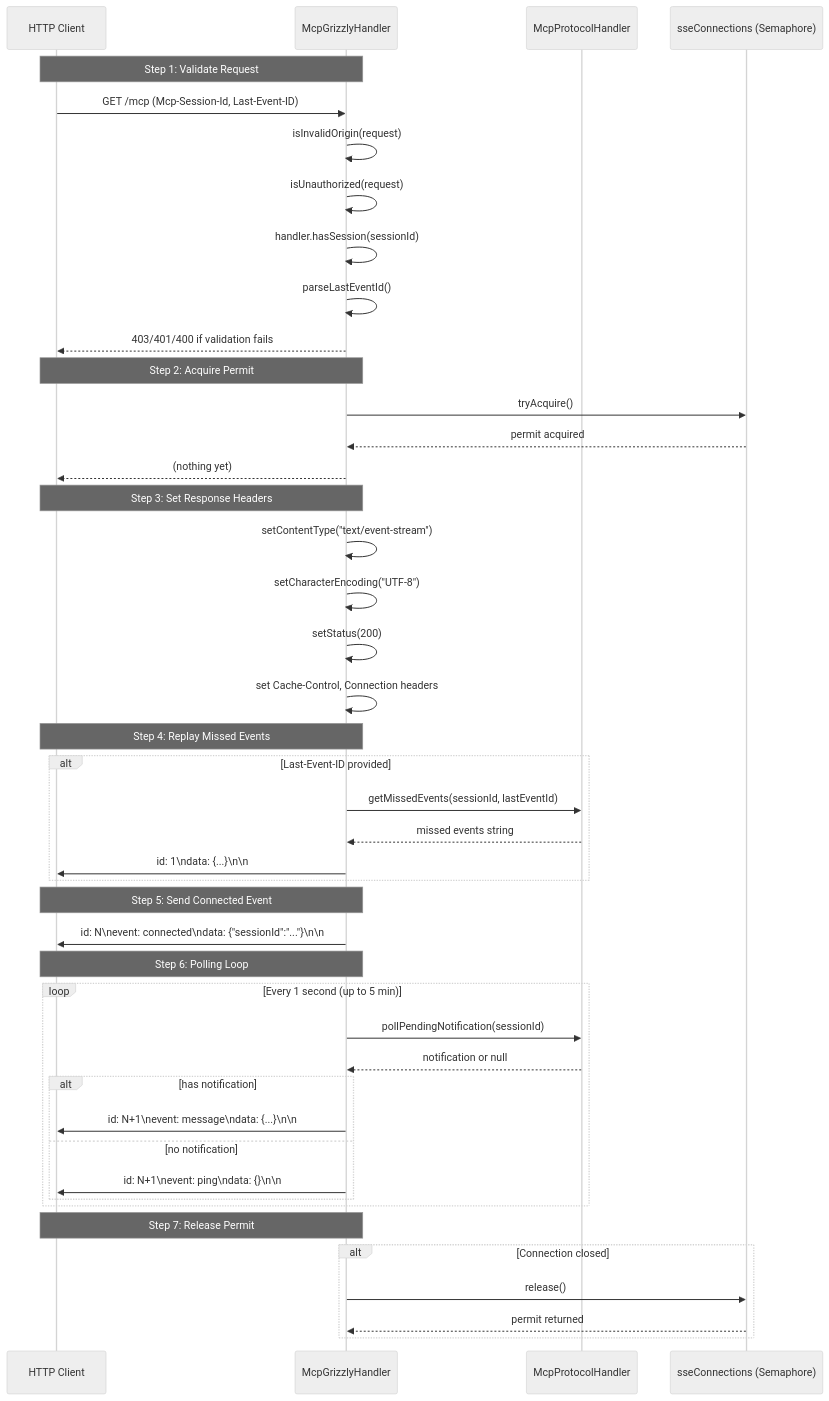
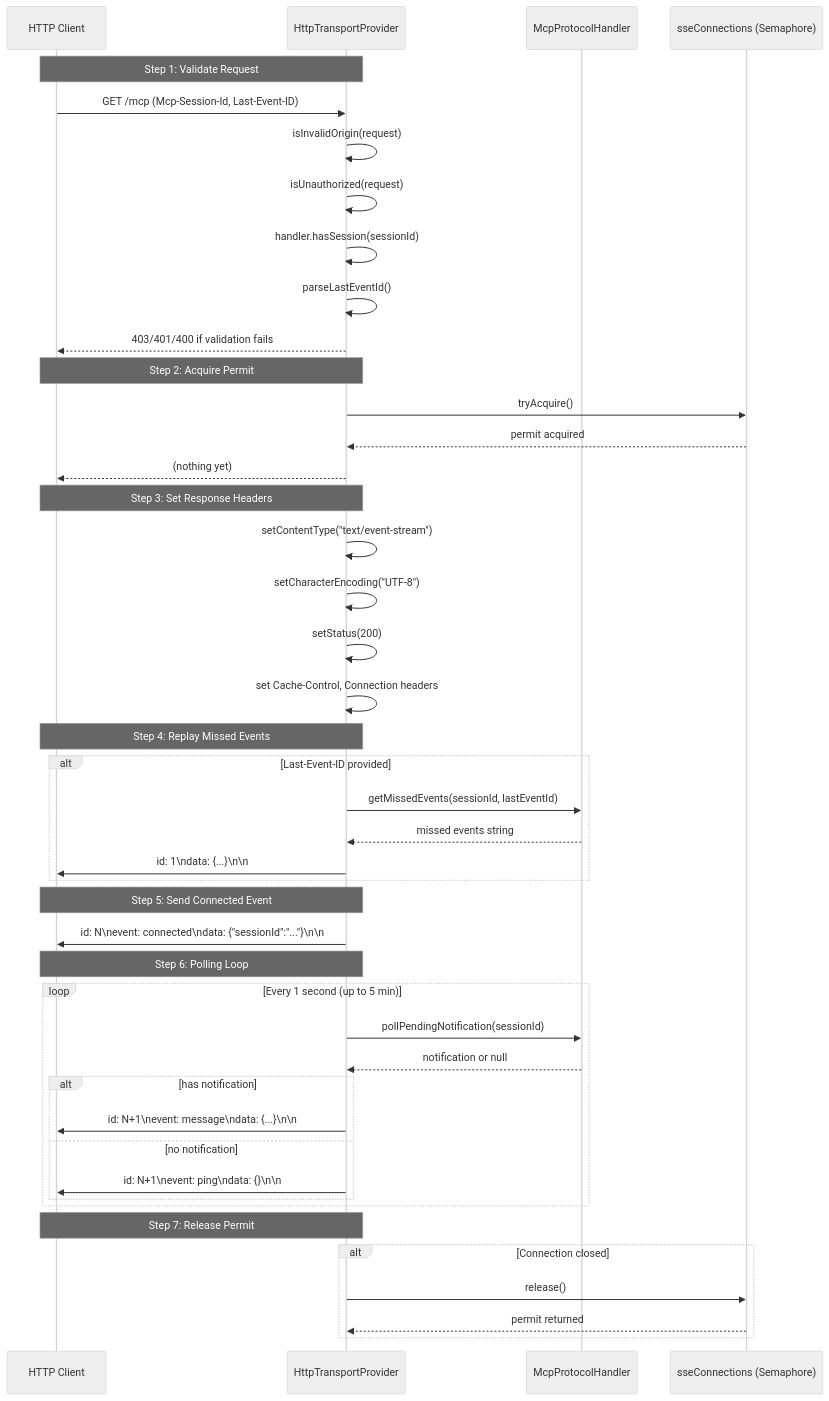
One commit to vinhphan812/mcp-java-sdk changed the first of 2 diagrams in docs/transport/TRANSPORT-STREAMABLE-HTTP.md. Above: the diagram before and after it, drawn with Mermaid (neutral theme). The commit also changed other lines of this file and 18 other files, not shown here.

````diff
--- a/docs/transport/TRANSPORT-STREAMABLE-HTTP.md
+++ b/docs/transport/TRANSPORT-STREAMABLE-HTTP.md
@@ -17,53 +17,53 @@
 ```mermaid
 sequenceDiagram
     participant Client as HTTP Client
-    participant Handler as McpGrizzlyHandler
+    participant Handler as HttpTransportProvider
  participant Protocol as McpProtocolHandler
     participant Semaphore as sseConnections (Semaphore)
 
     Note over Client,Handler: Step 1: Validate Request
     Client->>Handler: GET /mcp (Mcp-Session-Id, Last-Event-ID)
     Handler->>Handler: isInvalidOrigin(request)
     Handler->>Handler: isUnauthorized(request)
     Handler->>Handler: handler.hasSession(sessionId)
     Handler->>Handler: parseLastEventId()
     Handler-->>Client: 403/401/400 if validation fails
 
     Note over Client,Handler: Step 2: Acquire Permit
     Handler->>Semaphore: tryAcquire()
     Semaphore-->>Handler: permit acquired
     Handler-->>Client: (nothing yet)
 
     Note over Client,Handler: Step 3: Set Response Headers
     Handler->>Handler: setContentType("text/event-stream")
     Handler->>Handler: setCharacterEncoding("UTF-8")
     Handler->>Handler: setStatus(200)
     Handler->>Handler: set Cache-Control, Connection headers
 
     Note over Client,Handler: Step 4: Replay Missed Events
     alt Last-Event-ID provided
         Handler->>Protocol: getMissedEvents(sessionId, lastEventId)
         Protocol-->>Handler: missed events string
         Handler->>Client: id: 1\ndata: {...}\n\n
     end
 
     Note over Client,Handler: Step 5: Send Connected Event
     Handler->>Client: id: N\nevent: connected\ndata: {"sessionId":"..."}\n\n
 
     Note over Client,Handler: Step 6: Polling Loop
     loop Every 1 second (up to 5 min)
         Handler->>Protocol: pollPendingNotification(sessionId)
         Protocol-->>Handler: notification or null
         alt has notification
             Handler->>Client: id: N+1\nevent: message\ndata: {...}\n\n
         else no notification
             Handler->>Client: id: N+1\nevent: ping\ndata: {}\n\n
         end
     end
 
     Note over Client,Handler: Step 7: Release Permit
     alt Connection closed
         Handler->>Semaphore: release()
         Semaphore-->>Handler: permit returned
     end
 ```
````
